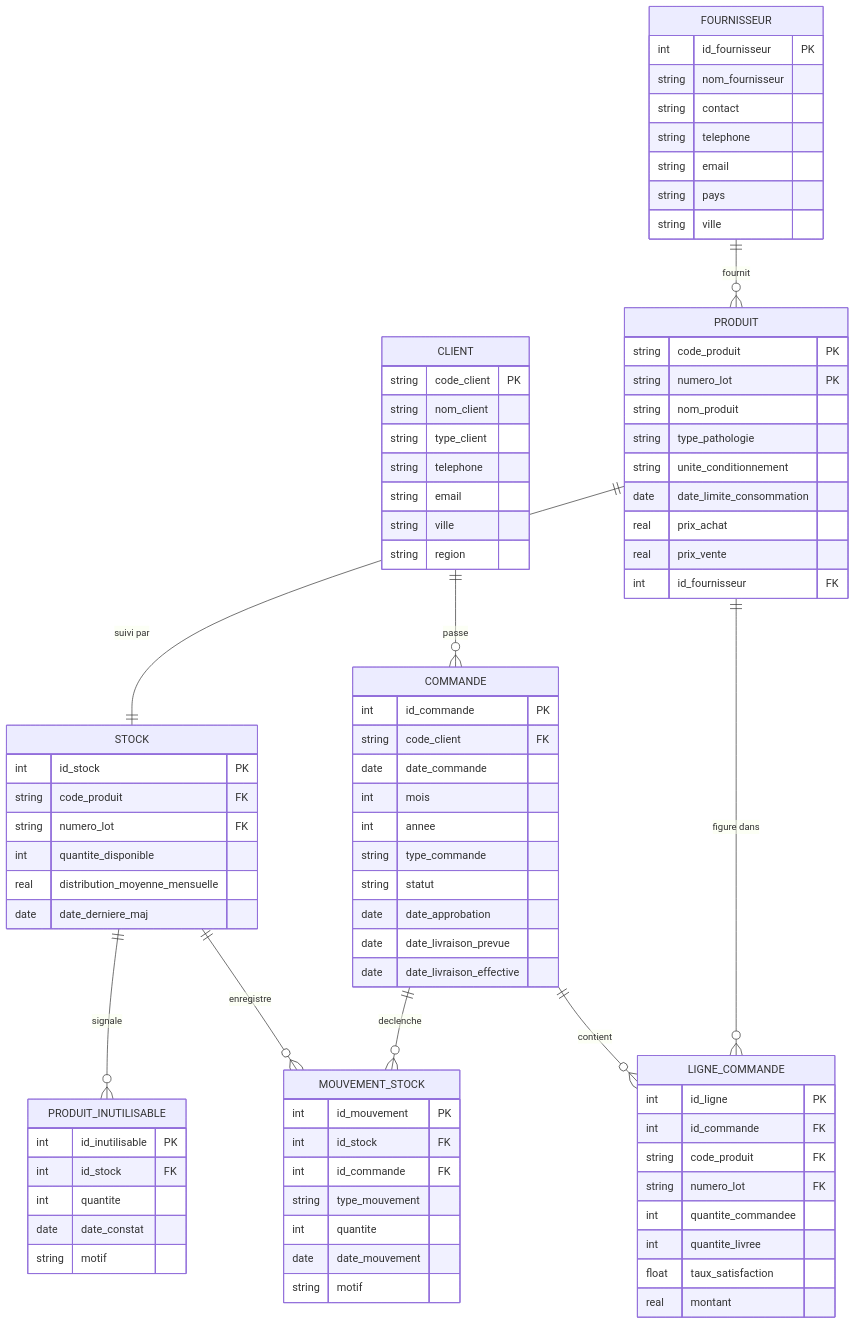
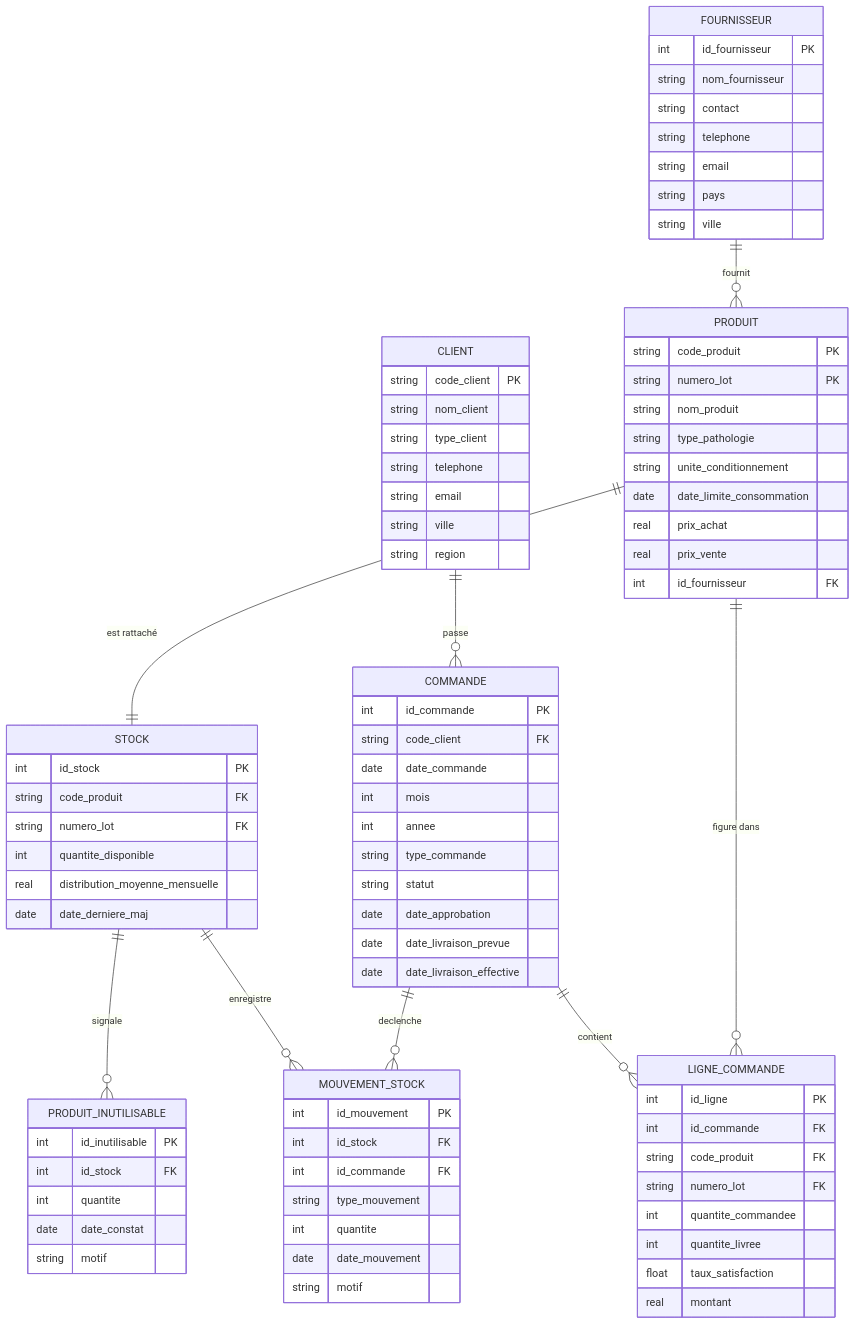
The diagram in Design.md (konankevine147/Projet-SQL), drawn with Mermaid before and after one commit.

```diff
--- a/Design.md
+++ b/Design.md
@@ -84,7 +84,7 @@
     }
 
     FOURNISSEUR ||--o{ PRODUIT : "fournit"
-    PRODUIT ||--|| STOCK : "suivi par"
+    PRODUIT ||--|| STOCK : "est rattaché"
     PRODUIT ||--o{ LIGNE_COMMANDE : "figure dans"
     CLIENT ||--o{ COMMANDE : "passe"
     COMMANDE ||--o{ LIGNE_COMMANDE : "contient"
```
